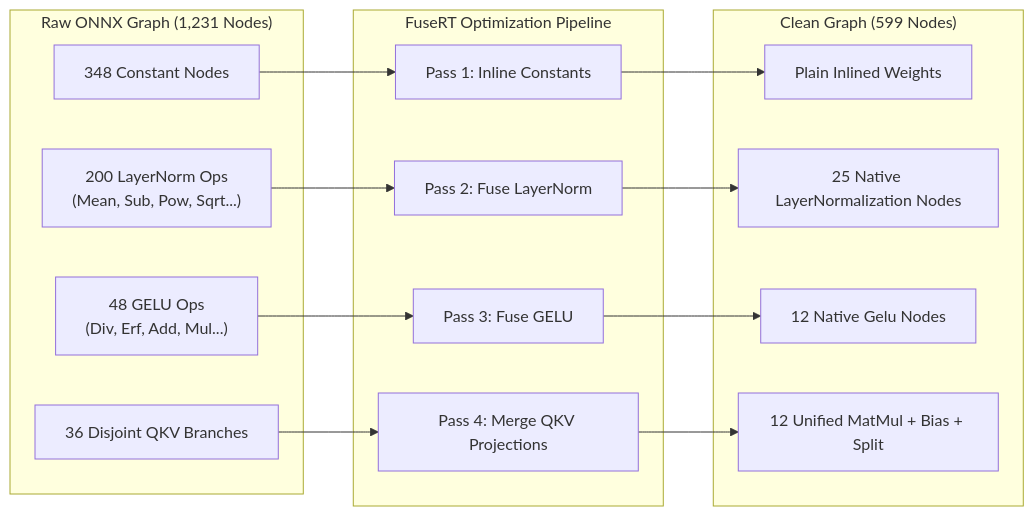
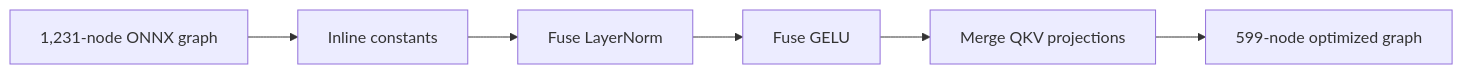
Before and after one commit to samruddhichitnis02/FuseRT: the second of 7 diagrams in README.md, drawn with Mermaid. The commit also changed other lines of this file and 51 other files, not shown here.

````diff
--- a/README.md
+++ b/README.md
@@ -68,28 +63,8 @@
 ```mermaid
-graph LR
-    subgraph RawGraph["Raw ONNX Graph (1,231 Nodes)"]
-      A["348 Constant Nodes"]
-      B["200 LayerNorm Ops<br/>(Mean, Sub, Pow, Sqrt...)"]
-      C["48 GELU Ops<br/>(Div, Erf, Add, Mul...)"]
-      D["36 Disjoint QKV Branches"]
-    end
-
-    subgraph FuseRTEngine["FuseRT Optimization Pipeline"]
-      P1["Pass 1: Inline Constants"]
-      P2["Pass 2: Fuse LayerNorm"]
-      P3["Pass 3: Fuse GELU"]
-      P4["Pass 4: Merge QKV Projections"]
-    end
-
-    subgraph OptimizedGraph["Clean Graph (599 Nodes)"]
-      O1["Plain Inlined Weights"]
-      O2["25 Native LayerNormalization Nodes"]
-      O3["12 Native Gelu Nodes"]
-      O4["12 Unified MatMul + Bias + Split"]
-    end
-
-    A --> P1 --> O1
-    B --> P2 --> O2
-    C --> P3 --> O3
-    D --> P4 --> O4
+flowchart LR
+    A["1,231-node ONNX graph"] --> B["Inline constants"]
+    B --> C["Fuse LayerNorm"]
+    C --> D["Fuse GELU"]
+    D --> E["Merge QKV projections"]
+    E --> F["599-node optimized graph"]
 ```
````
